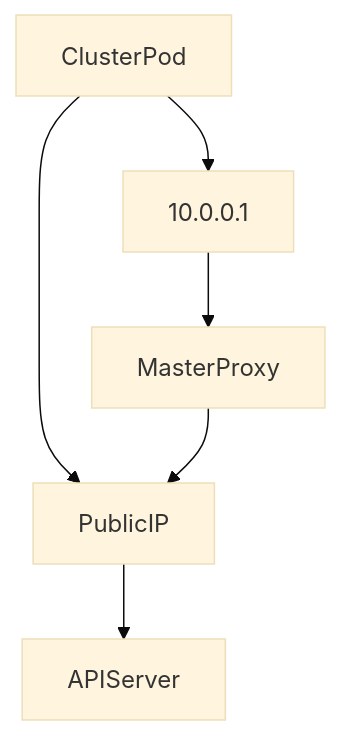
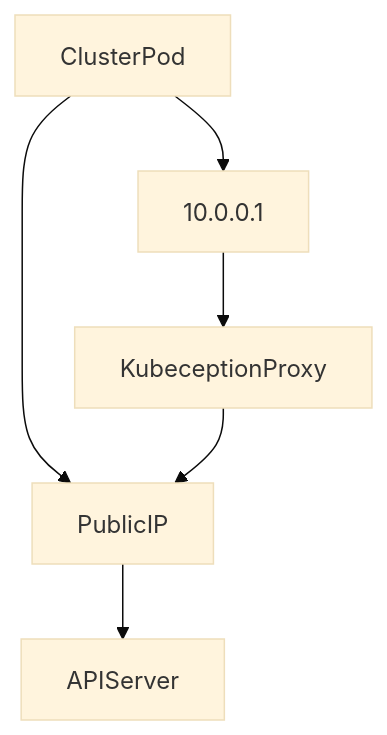
One commit to scmscloud/kubeception-proxy changed the diagram in README.md. Above: the diagram before and after it, drawn with Mermaid (base theme). The commit also changed other lines of this file and 2 other files, not shown here.

````diff
--- a/README.md
+++ b/README.md
@@ -6,8 +6,8 @@
 ```mermaid
 graph TD;
     ClusterPod-->10.0.0.1
-    10.0.0.1-->MasterProxy
+    10.0.0.1-->KubeceptionProxy
     ClusterPod-->PublicIP
-    MasterProxy-->PublicIP
+    KubeceptionProxy-->PublicIP
     PublicIP-->APIServer
 ```
````
